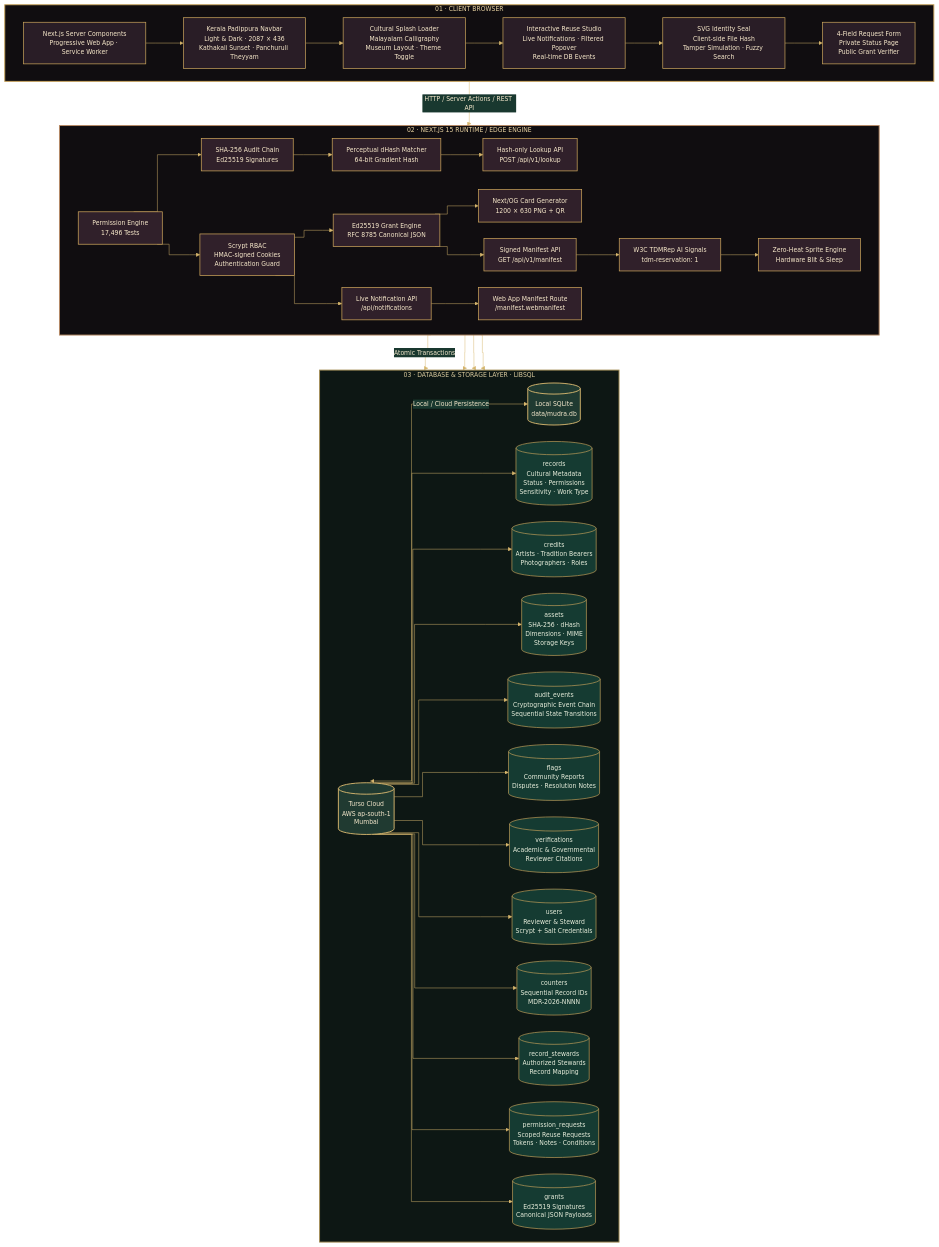
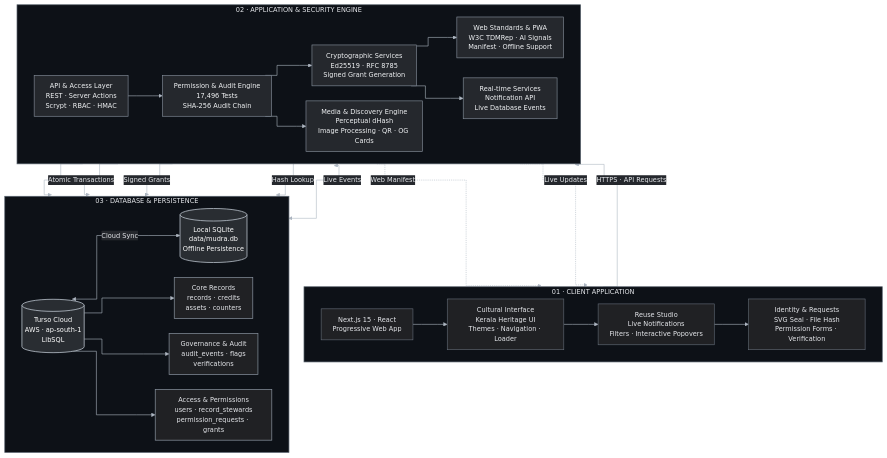
One commit to Abhin-Krishna-MP/Mudra changed the diagram in README.md. Above: the diagram before and after it, drawn with Mermaid. The commit also changed other lines of this file, not shown here.

````diff
--- a/README.md
+++ b/README.md
@@ -160,147 +159,118 @@
 %%{init: {
   "theme": "base",
   "themeVariables": {
-    "background": "#0B090B",
-    "primaryColor": "#241820",
-    "primaryTextColor": "#F5E8CC",
-    "primaryBorderColor": "#C9A45C",
-    "lineColor": "#D6B66E",
-    "secondaryColor": "#19382F",
-    "tertiaryColor": "#30202A",
-    "fontFamily": "Inter, sans-serif",
-    "fontSize": "13px"
+    "background": "#0D1117",
+    "primaryColor": "#202124",
+    "primaryTextColor": "#E5E7EB",
+    "primaryBorderColor": "#59636E",
+    "lineColor": "#B8C0CA",
+    "secondaryColor": "#25282D",
+    "tertiaryColor": "#1B1F24",
+    "clusterBkg": "#11151B",
+    "clusterBorder": "#59636E",
+    "fontFamily": "Inter, Segoe UI, sans-serif",
+    "fontSize": "14px"
   },
   "flowchart": {
     "curve": "step",
-    "nodeSpacing": 35,
-    "rankSpacing": 55,
-    "htmlLabels": true
+    "nodeSpacing": 32,
+    "rankSpacing": 48,
+    "padding": 12,
+    "htmlLabels": true,
+    "useMaxWidth": true
   }
 }}%%
 
 flowchart TB
 
-    subgraph CLIENT["01 · CLIENT BROWSER"]
+    %% CLIENT LAYER
+    subgraph CLIENT["01  ·  CLIENT APPLICATION"]
         direction LR
 
-        UI["Next.js Server Components<br/>Progressive Web App · Service Worker"]
+        UI["Next.js 15 · React<br/>Progressive Web App"]
 
-        CULTURE["Kerala Padippura Navbar<br/>Light & Dark · 2087 × 436<br/>Kathakali Sunset · Panchuruli Theyyam"]
+        CULTURE["Cultural Interface<br/>Kerala Heritage UI<br/>Themes · Navigation · Loader"]
 
-        INTERACTION["Cultural Splash Loader<br/>Malayalam Calligraphy<br/>Museum Layout · Theme Toggle"]
+        STUDIO["Reuse Studio<br/>Live Notifications<br/>Filters · Interactive Popovers"]
 
-        STUDIO["Interactive Reuse Studio<br/>Live Notifications · Filtered Popover<br/>Real-time DB Events"]
+        IDENTITY["Identity & Requests<br/>SVG Seal · File Hash<br/>Permission Forms · Verification"]
 
-        IDENTITY["SVG Identity Seal<br/>Client-side File Hash<br/>Tamper Simulation · Fuzzy Search"]
-
-        REQUEST["4-Field Request Form<br/>Private Status Page<br/>Public Grant Verifier"]
-
-        UI --> CULTURE --> INTERACTION
-        INTERACTION --> STUDIO --> IDENTITY --> REQUEST
+        UI --> CULTURE --> STUDIO --> IDENTITY
     end
 
-    subgraph BACKEND["02 · NEXT.JS 15 RUNTIME / EDGE ENGINE"]
+    %% APPLICATION LAYER
+    subgraph APPLICATION["02  ·  APPLICATION & SECURITY ENGINE"]
         direction LR
 
-        PERMISSION["Permission Engine<br/>17,496 Tests"]
+        API["API & Access Layer<br/>REST · Server Actions<br/>Scrypt · RBAC · HMAC"]
 
-        AUDIT["SHA-256 Audit Chain<br/>Ed25519 Signatures"]
+        CORE["Permission & Audit Engine<br/>17,496 Tests<br/>SHA-256 Audit Chain"]
 
-        DHASH["Perceptual dHash Matcher<br/>64-bit Gradient Hash"]
+        CRYPTO["Cryptographic Services<br/>Ed25519 · RFC 8785<br/>Signed Grant Generation"]
 
-        GRANT["Ed25519 Grant Engine<br/>RFC 8785 Canonical JSON"]
+        MEDIA["Media & Discovery Engine<br/>Perceptual dHash<br/>Image Processing · QR · OG Cards"]
 
-        OG["Next/OG Card Generator<br/>1200 × 630 PNG + QR"]
+        STANDARDS["Web Standards & PWA<br/>W3C TDMRep · AI Signals<br/>Manifest · Offline Support"]
 
-        AUTH["Scrypt RBAC<br/>HMAC-signed Cookies<br/>Authentication Guard"]
+        REALTIME["Real-time Services<br/>Notification API<br/>Live Database Events"]
 
-        TDM["W3C TDMRep AI Signals<br/>tdm-reservation: 1"]
-
-        LOOKUP["Hash-only Lookup API<br/>POST /api/v1/lookup"]
-
-        MANIFEST["Signed Manifest API<br/>GET /api/v1/manifest"]
-
-        NOTIFY["Live Notification API<br/>/api/notifications"]
-
-        WEBMANIFEST["Web App Manifest Route<br/>/manifest.webmanifest"]
-
-        SPRITE["Zero-Heat Sprite Engine<br/>Hardware Blit & Sleep"]
+        API --> CORE
+        CORE --> CRYPTO
+        CORE --> MEDIA
+        CRYPTO --> STANDARDS
+        CRYPTO --> REALTIME
     end
 
-    subgraph DATABASE["03 · DATABASE & STORAGE LAYER · LIBSQL"]
+    %% STORAGE LAYER
+    subgraph STORAGE["03  ·  DATABASE & PERSISTENCE"]
         direction LR
 
-        TURSO[("Turso Cloud<br/>AWS ap-south-1<br/>Mumbai")]
+        TURSO[("Turso Cloud<br/>AWS · ap-south-1<br/>LibSQL")]
 
-        SQLITE[("Local SQLite<br/>data/mudra.db")]
+        SQLITE[("Local SQLite<br/>data/mudra.db<br/>Offline Persistence")]
 
-        RECORDS[("records<br/>Cultural Metadata<br/>Status · Permissions<br/>Sensitivity · Work Type")]
+        SCHEMA["Core Records<br/>records · credits<br/>assets · counters"]
 
-        CREDITS[("credits<br/>Artists · Tradition Bearers<br/>Photographers · Roles")]
+        AUDITDB["Governance & Audit<br/>audit_events · flags<br/>verifications"]
 
-        ASSETS[("assets<br/>SHA-256 · dHash<br/>Dimensions · MIME<br/>Storage Keys")]
+        ACCESSDB["Access & Permissions<br/>users · record_stewards<br/>permission_requests · grants"]
 
-        EVENTS[("audit_events<br/>Cryptographic Event Chain<br/>Sequential State Transitions")]
+        TURSO <-->|"Cloud Sync"| SQLITE
 
-        FLAGS[("flags<br/>Community Reports<br/>Disputes · Resolution Notes")]
-
-        VERIFICATIONS[("verifications<br/>Academic & Governmental<br/>Reviewer Citations")]
-
-        USERS[("users<br/>Reviewer & Steward<br/>Scrypt + Salt Credentials")]
-
-        COUNTERS[("counters<br/>Sequential Record IDs<br/>MDR-2026-NNNN")]
-
-        STEWARDS[("record_stewards<br/>Authorized Stewards<br/>Record Mapping")]
-
-        REQUESTS[("permission_requests<br/>Scoped Reuse Requests<br/>Tokens · Notes · Conditions")]
-
-        GRANTS[("grants<br/>Ed25519 Signatures<br/>Canonical JSON Payloads")]
+        TURSO --> SCHEMA
+        TURSO --> AUDITDB
+        TURSO --> ACCESSDB
     end
 
-    REQUEST -->|"HTTP / Server Actions / REST API"| PERMISSION
+    %% MAIN SYSTEM FLOW
+    IDENTITY -->|"HTTPS · API Requests"| API
 
-    PERMISSION --> AUDIT
-    PERMISSION --> AUTH
-    AUDIT --> DHASH
-    AUTH --> GRANT
-    GRANT --> OG
-    DHASH --> LOOKUP
-    GRANT --> MANIFEST
-    AUTH --> NOTIFY
-    MANIFEST --> TDM
-    NOTIFY --> WEBMANIFEST
-    TDM --> SPRITE
+    %% APPLICATION TO DATABASE
+    API --> TURSO
+    CORE -->|"Atomic Transactions"| TURSO
+    CRYPTO -->|"Signed Grants"| TURSO
+    MEDIA -->|"Hash Lookup"| TURSO
+    REALTIME <-->|"Live Events"| TURSO
 
-    AUDIT -->|"Atomic Transactions"| TURSO
-    GRANT --> TURSO
-    LOOKUP --> TURSO
-    NOTIFY --> TURSO
+    %% PRESENTATION & STANDARDS
+    STANDARDS -.->|"Web Manifest"| UI
+    REALTIME -.->|"Live Updates"| STUDIO
 
-    TURSO <-->|"Local / Cloud Persistence"| SQLITE
+    %% NODE STYLING
+    classDef client fill:#202124,stroke:#68717D,color:#E5E7EB,stroke-width:1.2px
+    classDef engine fill:#25282D,stroke:#87919D,color:#F1F3F5,stroke-width:1.3px
+    classDef storage fill:#202124,stroke:#89939F,color:#E5E7EB,stroke-width:1.5px
+    classDef cloud fill:#292D32,stroke:#B0B8C2,color:#FFFFFF,stroke-width:1.8px
 
-    TURSO --> RECORDS
-    TURSO --> CREDITS
-    TURSO --> ASSETS
-    TURSO --> EVENTS
-    TURSO --> FLAGS
-    TURSO --> VERIFICATIONS
-    TURSO --> USERS
-    TURSO --> COUNTERS
-    TURSO --> STEWARDS
-    TURSO --> REQUESTS
-    TURSO --> GRANTS
+    class UI,CULTURE,STUDIO,IDENTITY client
+    class API,CORE,CRYPTO,MEDIA,STANDARDS,REALTIME engine
+    class SCHEMA,AUDITDB,ACCESSDB storage
+    class TURSO,SQLITE cloud
 
-    classDef frontend fill:#291D26,stroke:#C9A45C,color:#F8E9CB,stroke-width:1.5px
-    classDef backend fill:#30202A,stroke:#D0A85D,color:#F8E9CB,stroke-width:1.5px
-    classDef database fill:#153B32,stroke:#B99A58,color:#E8EEDC,stroke-width:1.5px
-    classDef infrastructure fill:#203A31,stroke:#D6B66E,color:#F5E8CC,stroke-width:2px
+    %% SUBGRAPH STYLING
+    style CLIENT fill:#0D1117,stroke:#59636E,stroke-width:1.5px,color:#E5E7EB
+    style APPLICATION fill:#0D1117,stroke:#59636E,stroke-width:1.5px,color:#E5E7EB
+    style STORAGE fill:#0D1117,stroke:#59636E,stroke-width:1.5px,color:#E5E7EB
 
-    class UI,CULTURE,INTERACTION,STUDIO,IDENTITY,REQUEST frontend
-    class PERMISSION,AUDIT,DHASH,GRANT,OG,AUTH,TDM,LOOKUP,MANIFEST,NOTIFY,WEBMANIFEST,SPRITE backend
-    class RECORDS,CREDITS,ASSETS,EVENTS,FLAGS,VERIFICATIONS,USERS,COUNTERS,STEWARDS,REQUESTS,GRANTS database
-    class TURSO,SQLITE infrastructure
-
-    style CLIENT fill:#100D10,stroke:#C9A45C,stroke-width:2px,color:#E9D3A2
-    style BACKEND fill:#100D10,stroke:#B88A65,stroke-width:2px,color:#E9D3A2
-    style DATABASE fill:#0D1714,stroke:#A58F56,stroke-width:2px,color:#D8C99D
+    linkStyle default stroke:#AEB7C2,stroke-width:1.25px
 ```
````
